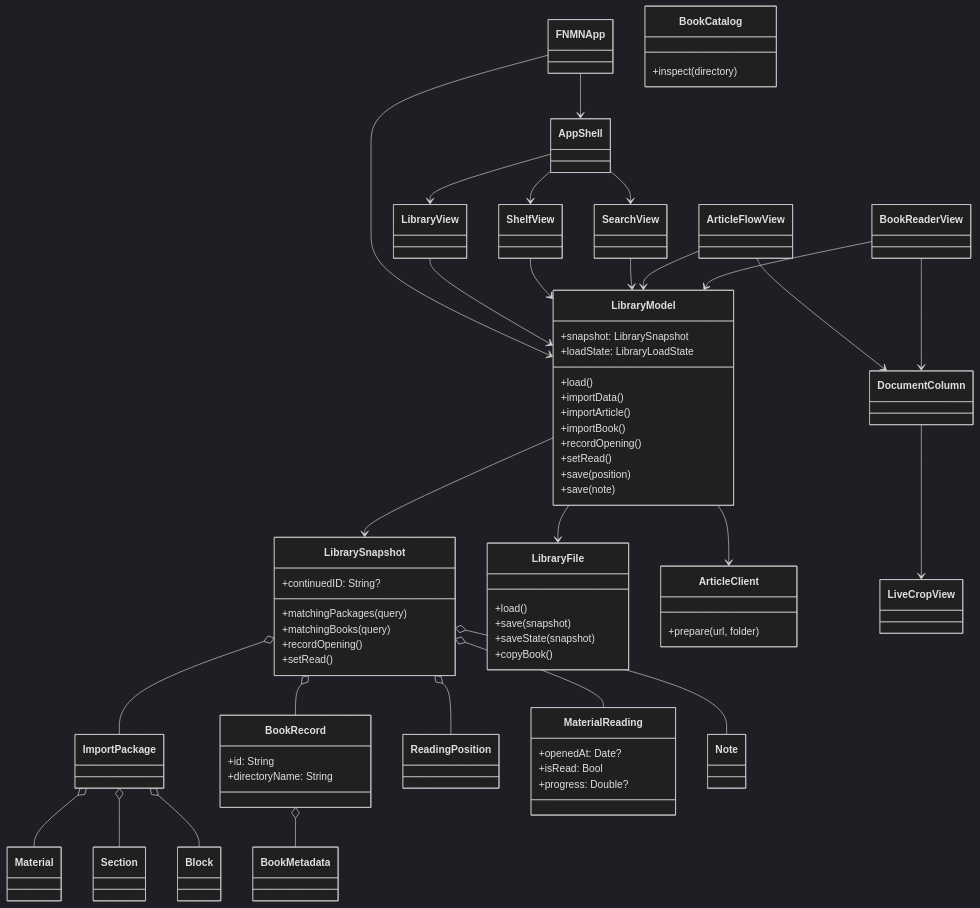
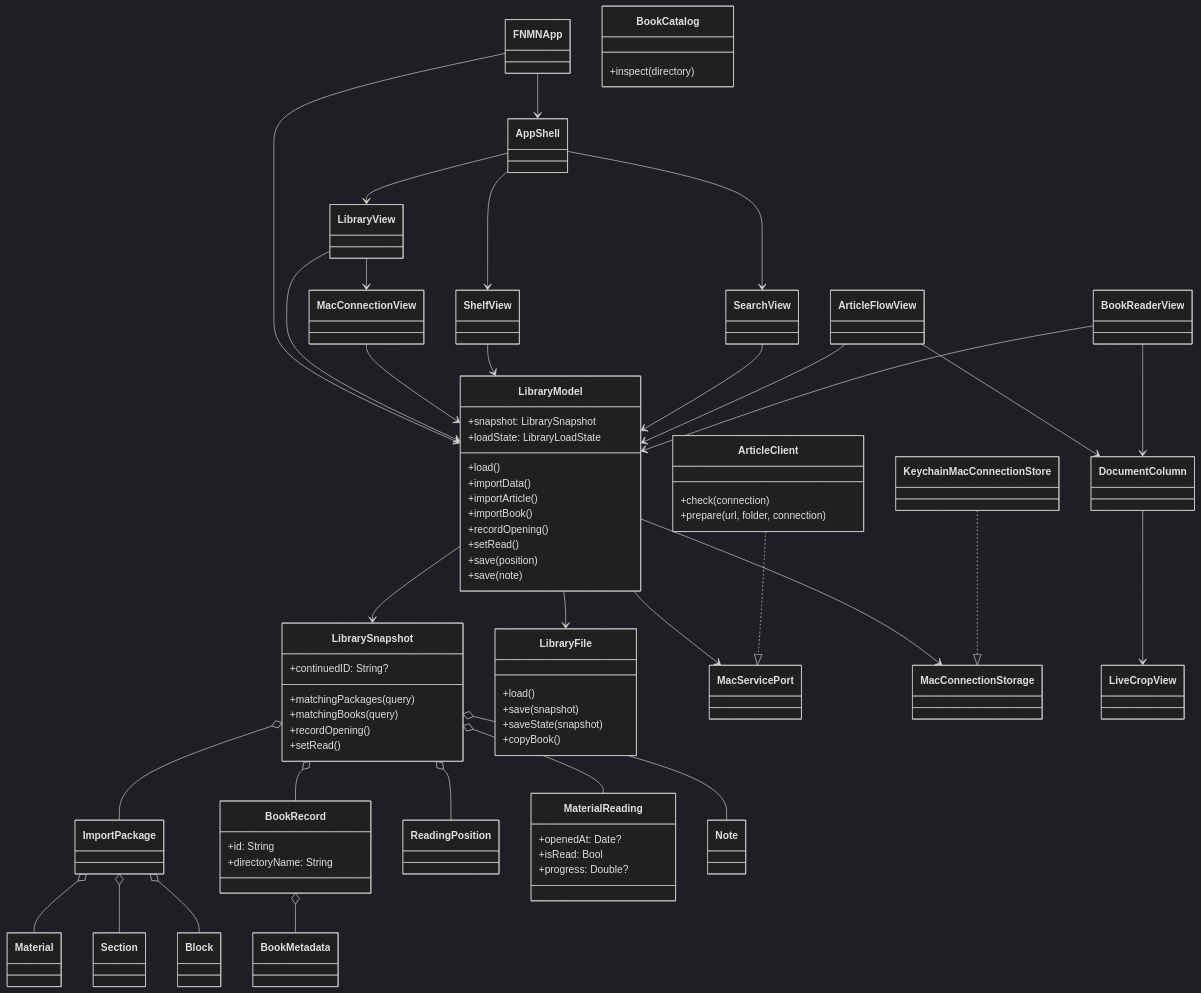
One commit to vladkalinichencko/fnmn-app changed the second of 9 diagrams in APP_SPEC.md. Above: the diagram before and after it, drawn with Mermaid (dark theme). The commit also changed other lines of this file and 33 other files, not shown here.

````diff
--- a/APP_SPEC.md
+++ b/APP_SPEC.md
@@ -69,69 +71,75 @@
 ```mermaid
 classDiagram
     FNMNApp --> AppShell
     AppShell --> LibraryView
     AppShell --> ShelfView
     AppShell --> SearchView
     FNMNApp --> LibraryModel
     LibraryView --> LibraryModel
+    LibraryView --> MacConnectionView
+    MacConnectionView --> LibraryModel
     ShelfView --> LibraryModel
     SearchView --> LibraryModel
     ArticleFlowView --> LibraryModel
     BookReaderView --> LibraryModel
     ArticleFlowView --> DocumentColumn
     BookReaderView --> DocumentColumn
     LibraryModel --> LibrarySnapshot
     LibraryModel --> LibraryFile
-    LibraryModel --> ArticleClient
+    LibraryModel --> MacServicePort
+    LibraryModel --> MacConnectionStorage
+    ArticleClient ..|> MacServicePort
+    KeychainMacConnectionStore ..|> MacConnectionStorage
     LibrarySnapshot o-- ImportPackage
     ImportPackage o-- Material
     ImportPackage o-- Section
     ImportPackage o-- Block
     LibrarySnapshot o-- BookRecord
     BookRecord o-- BookMetadata
     LibrarySnapshot o-- ReadingPosition
     LibrarySnapshot o-- MaterialReading
     LibrarySnapshot o-- Note
     DocumentColumn --> LiveCropView
 
     class LibraryModel {
       +snapshot: LibrarySnapshot
       +loadState: LibraryLoadState
       +load()
       +importData()
       +importArticle()
       +importBook()
       +recordOpening()
       +setRead()
       +save(position)
       +save(note)
     }
     class LibrarySnapshot {
       +continuedID: String?
       +matchingPackages(query)
       +matchingBooks(query)
       +recordOpening()
       +setRead()
     }
     class BookRecord {
       +id: String
       +directoryName: String
     }
     class BookCatalog {
       +inspect(directory)
     }
     class MaterialReading {
       +openedAt: Date?
       +isRead: Bool
       +progress: Double?
     }
     class LibraryFile {
       +load()
       +save(snapshot)
       +saveState(snapshot)
       +copyBook()
     }
     class ArticleClient {
-      +prepare(url, folder)
+      +check(connection)
+      +prepare(url, folder, connection)
     }
 ```
````
